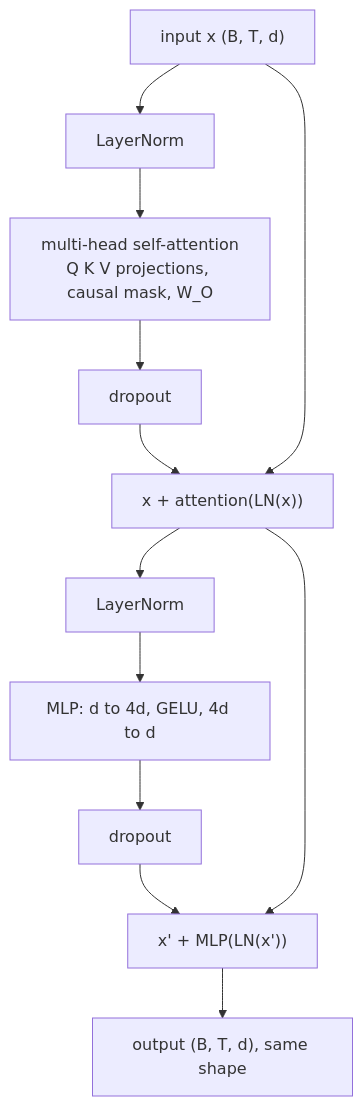
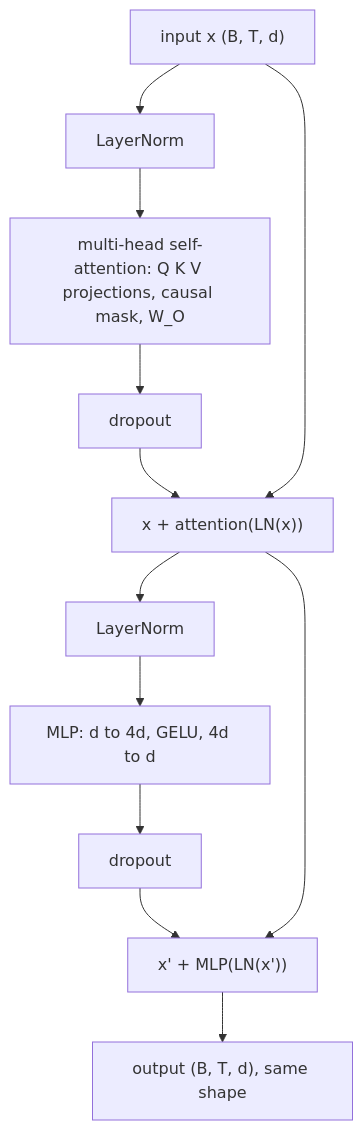
Before and after one commit to dthemann/deep-learning: the second of 2 diagrams in notebooks/09_attention_and_transformers.md, drawn with Mermaid. The commit also changed 3 other files, not shown here.

````diff
--- a/notebooks/09_attention_and_transformers.md
+++ b/notebooks/09_attention_and_transformers.md
@@ -295,14 +295,14 @@
 ```mermaid
 flowchart TB
     X["input x (B, T, d)"] --> LN1["LayerNorm"]
-    LN1 --> ATT["multi-head self-attention<br/>Q K V projections, causal mask, W_O"]
+    LN1 --> ATT["multi-head self-attention: Q K V projections, causal mask, W_O"]
     ATT --> D1["dropout"]
     D1 --> ADD1["x + attention(LN(x))"]
     X --> ADD1
     ADD1 --> LN2["LayerNorm"]
     LN2 --> MLP["MLP: d to 4d, GELU, 4d to d"]
     MLP --> D2["dropout"]
     D2 --> ADD2["x' + MLP(LN(x'))"]
     ADD1 --> ADD2
     ADD2 --> OUT["output (B, T, d), same shape"]
 ```
````
